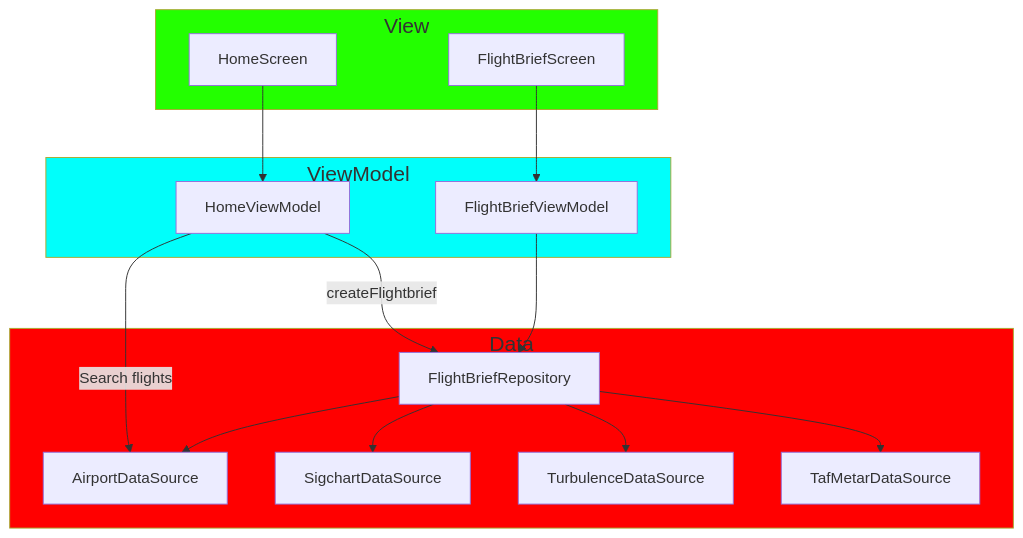
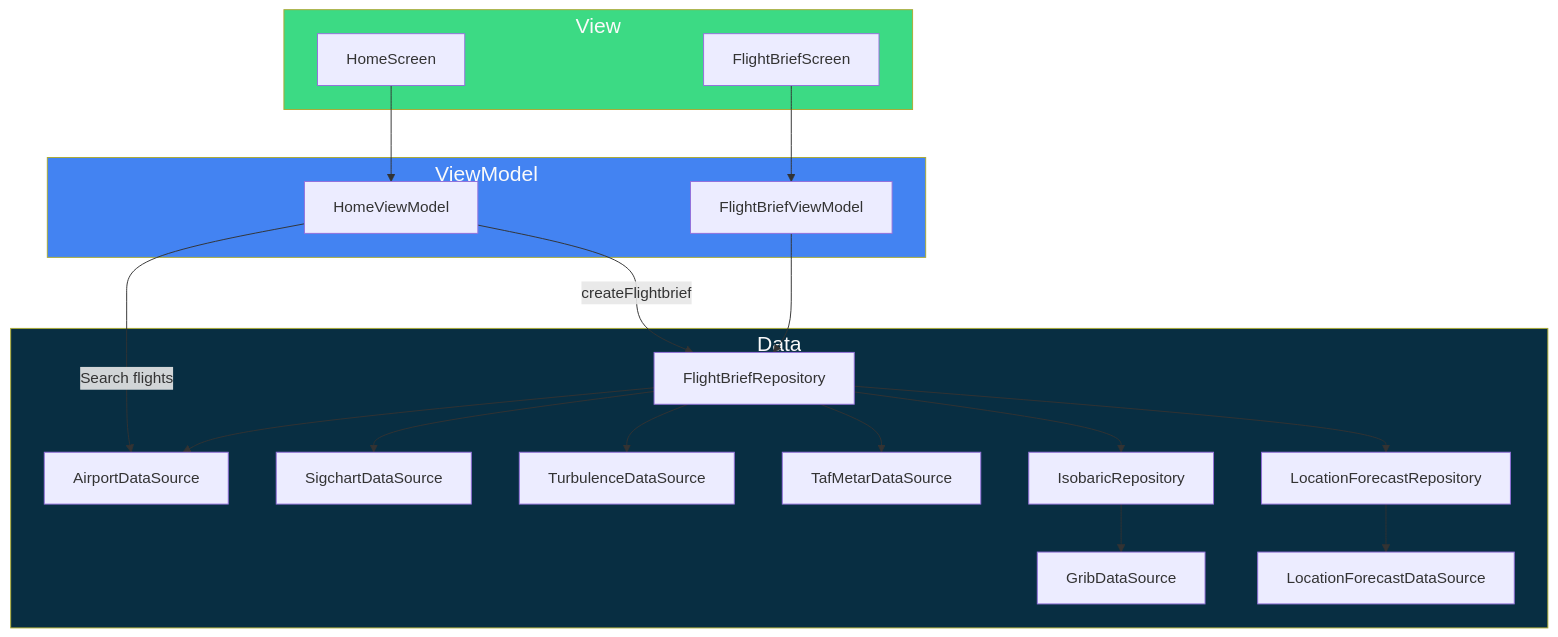
Before and after one commit to gjermundmyrvang/airborn: the diagram in docs/arkitekturskisseMVP.md, drawn with Mermaid.

Commit message:
update architechture sketch for MVP

````diff
--- a/docs/arkitekturskisseMVP.md
+++ b/docs/arkitekturskisseMVP.md
@@ -1,52 +1,63 @@
 ```mermaid
 graph TD
     viewHome[HomeScreen]
     viewFlight[FlightBriefScreen]
     viewModelHome[HomeViewModel]
     viewModelFlight[FlightBriefViewModel]
     flightRepo[FlightBriefRepository]
     dataAirport[AirportDataSource]
     dataSigchart[SigchartDataSource]
     dataTurbulence[TurbulenceDataSource]
     dataMetarTaf[TafMetarDataSource]
+    dataIsobaricGrib[GribDataSource]
+    isobaricRepo[IsobaricRepository]
+    dataForecast[LocationForecastDataSource]
+    forecastRepo[LocationForecastRepository]
 
     subgraph view[View]
         viewHome
         viewFlight
     end
 
     subgraph viewmodel[ViewModel]
         viewModelHome
         viewModelFlight
     end
 
     subgraph data[Data]
         flightRepo
+        isobaricRepo
         dataAirport
         dataSigchart
         dataTurbulence
         dataMetarTaf
+        dataIsobaricGrib
+        dataForecast
+        forecastRepo
     end
 
     viewHome --> viewModelHome
     viewFlight --> viewModelFlight
     viewModelHome -->|Search flights| dataAirport
     viewModelHome -->|createFlightbrief| flightRepo
     viewModelFlight --> flightRepo
     flightRepo --> dataAirport
     flightRepo --> dataSigchart
     flightRepo --> dataTurbulence
     flightRepo --> dataMetarTaf
-    classDef viewColor fill: #23FF00
-    classDef viewModelColor fill: #00FFFB
-    classDef dataColor fill: #FF0000
-    classDef title font-size: 22px
-    classDef paddingData padding-right: 2em;
+    flightRepo --> isobaricRepo
+    flightRepo --> forecastRepo
+    isobaricRepo --> dataIsobaricGrib
+    forecastRepo --> dataForecast
+    classDef viewColor fill: #3CDA84
+    classDef viewModelColor fill: #4383F2
+    classDef dataColor fill: #082E42
+    classDef title font-size: 22px, color: #FAFAFA
     class view title
     class viewmodel title
     class data title
     class data paddingData
     class view viewColor
     class viewmodel viewModelColor
     class data dataColor
 ```
````
